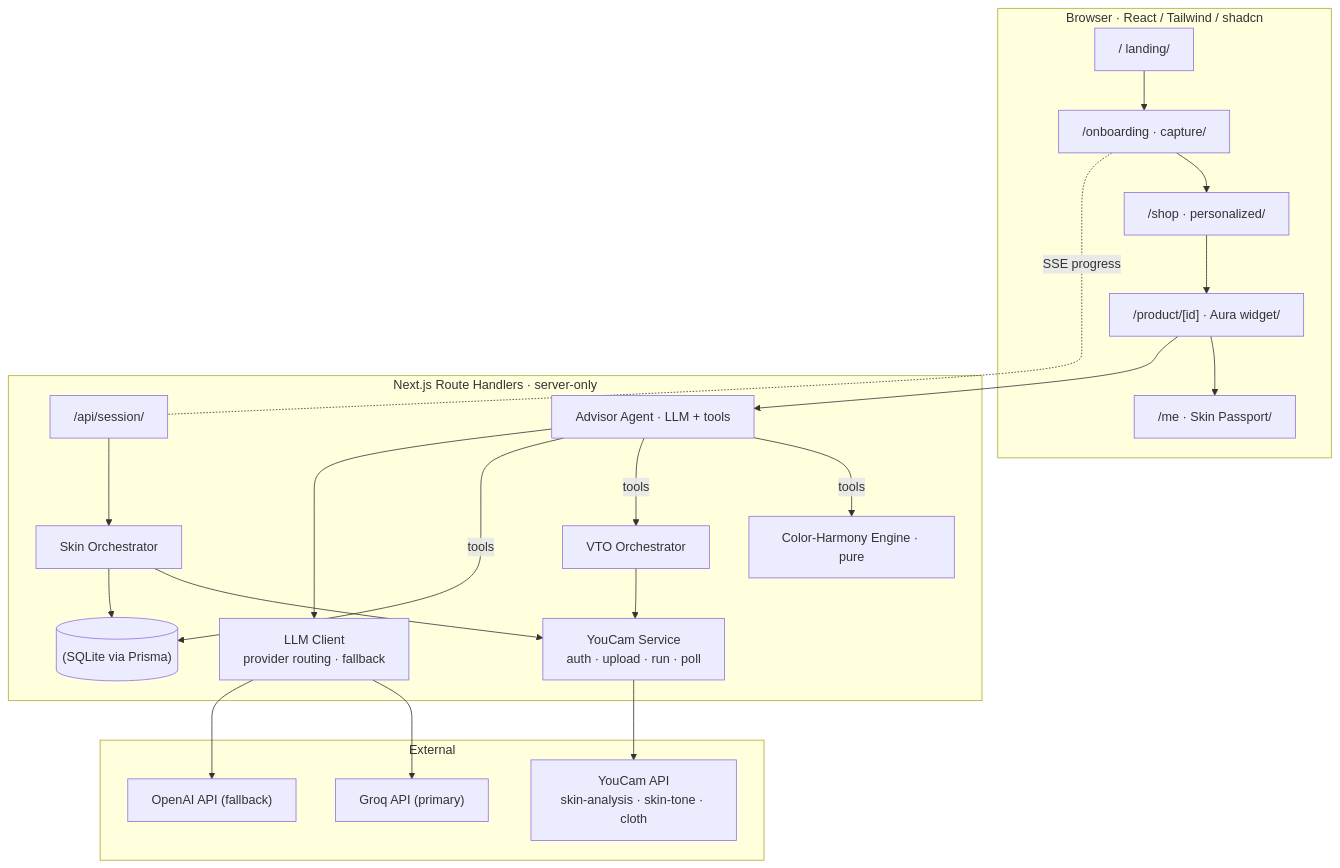
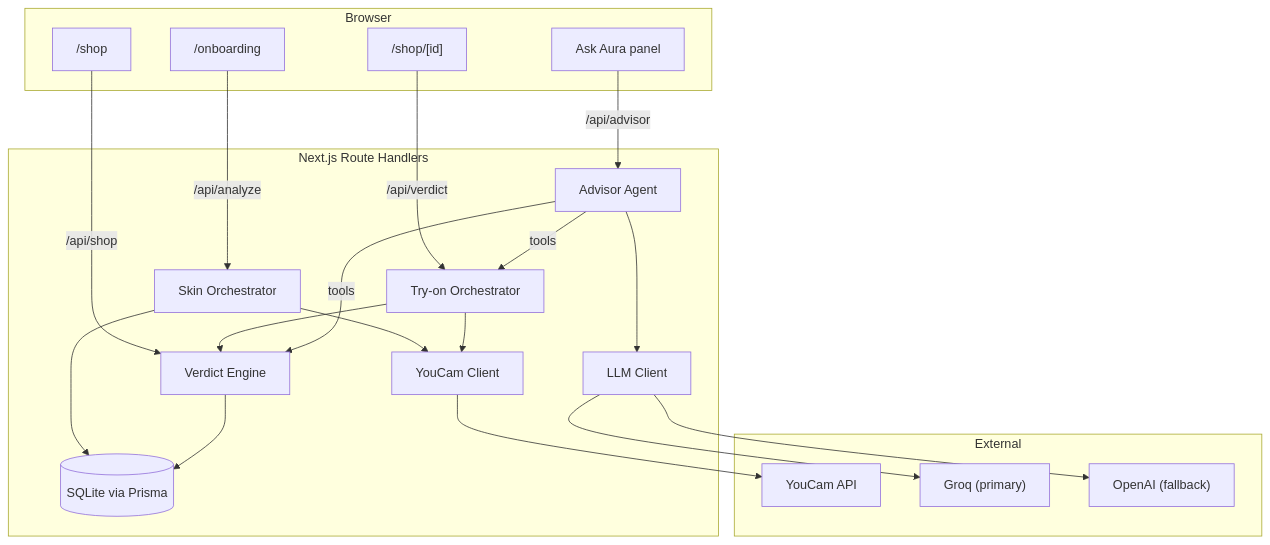
One commit to rohanjain1648/Aura-The-Confident-Buy-Advisor changed the diagram in README.md. Above: the diagram before and after it, drawn with Mermaid. The commit also changed other lines of this file and 8 other files, not shown here.

````diff
--- a/README.md
+++ b/README.md
@@ -89,35 +109,41 @@
 ```mermaid
 flowchart TD
-    subgraph Client["Browser · React / Tailwind / shadcn"]
-        Home["/ landing/"] --> Onb["/onboarding · capture/"]
-        Onb --> Shop["/shop · personalized/"]
-        Shop --> PDP["/product/[id] · Aura widget/"]
-        PDP --> Me["/me · Skin Passport/"]
+    subgraph Client["Browser"]
+        Onb["/onboarding"]
+        Shop["/shop"]
+        PDP["/shop/[id]"]
+        Panel["Ask Aura panel"]
     end
 
-    subgraph Server["Next.js Route Handlers · server-only"]
-        Sess["/api/session/"]
+    subgraph Server["Next.js Route Handlers"]
         SkinO["Skin Orchestrator"]
-        Harmony["Color-Harmony Engine · pure"]
-        VtoO["VTO Orchestrator"]
-        Agent["Advisor Agent · LLM + tools"]
-        LlmC["LLM Client<br/>provider routing · fallback"]
-        YC["YouCam Service<br/>auth · upload · run · poll"]
-        DB[("(SQLite via Prisma)")]
+        Verdict["Verdict Engine"]
+        VtoO["Try-on Orchestrator"]
+        Agent["Advisor Agent"]
+        LlmC["LLM Client"]
+        YC["YouCam Client"]
+        DB[("SQLite via Prisma")]
     end
 
     subgraph External
-        YCAPI["YouCam API<br/>skin-analysis · skin-tone · cloth"]
-        Groq["Groq API (primary)"]
-        OpenAI["OpenAI API (fallback)"]
+        YCAPI["YouCam API"]
+        Groq["Groq (primary)"]
+        OpenAI["OpenAI (fallback)"]
     end
 
-    Onb -.SSE progress.- Sess
-    Sess --> SkinO --> YC --> YCAPI
+    Onb -->|"/api/analyze"| SkinO
+    Shop -->|"/api/shop"| Verdict
+    PDP -->|"/api/verdict"| VtoO
+    Panel -->|"/api/advisor"| Agent
+    SkinO --> YC
+    VtoO --> YC
+    YC --> YCAPI
     SkinO --> DB
-    PDP --> Agent
-    Agent -->|tools| Harmony & VtoO & DB
+    Verdict --> DB
+    VtoO --> Verdict
+    Agent -->|tools| Verdict
+    Agent -->|tools| VtoO
     Agent --> LlmC
-    LlmC --> Groq & OpenAI
-    VtoO --> YC
+    LlmC --> Groq
+    LlmC --> OpenAI
 ```
````
